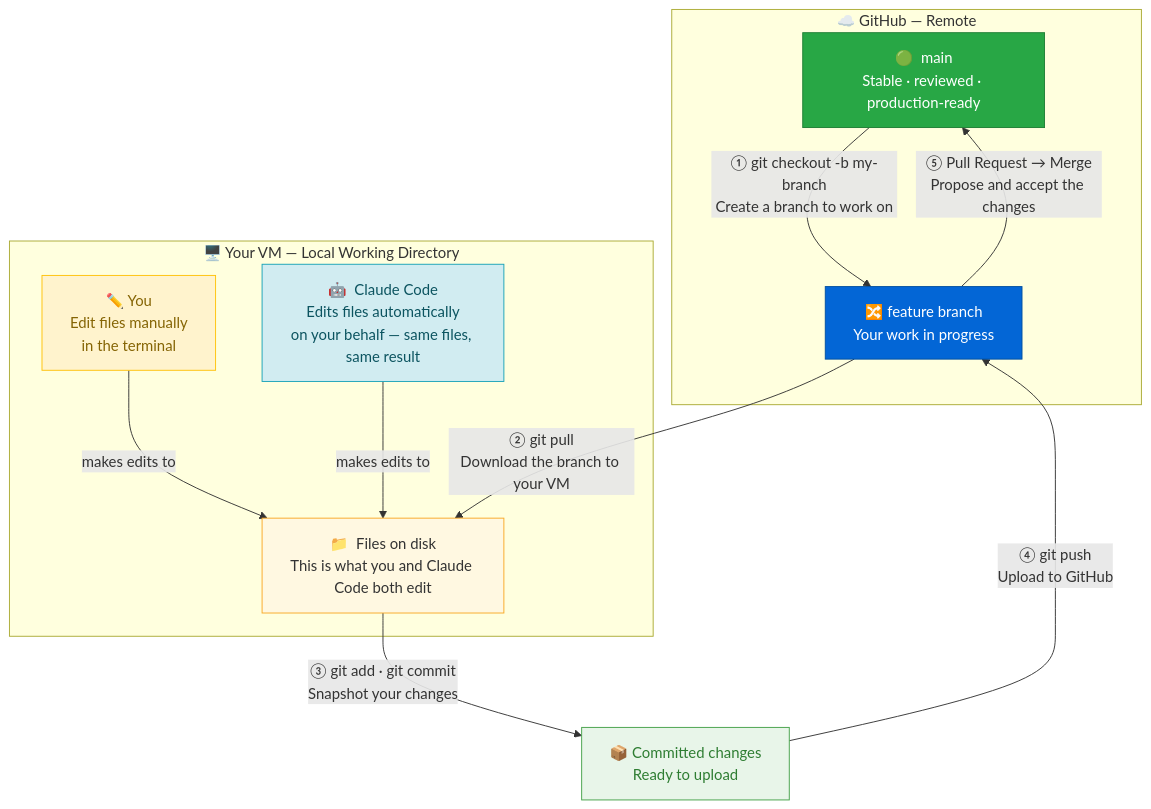
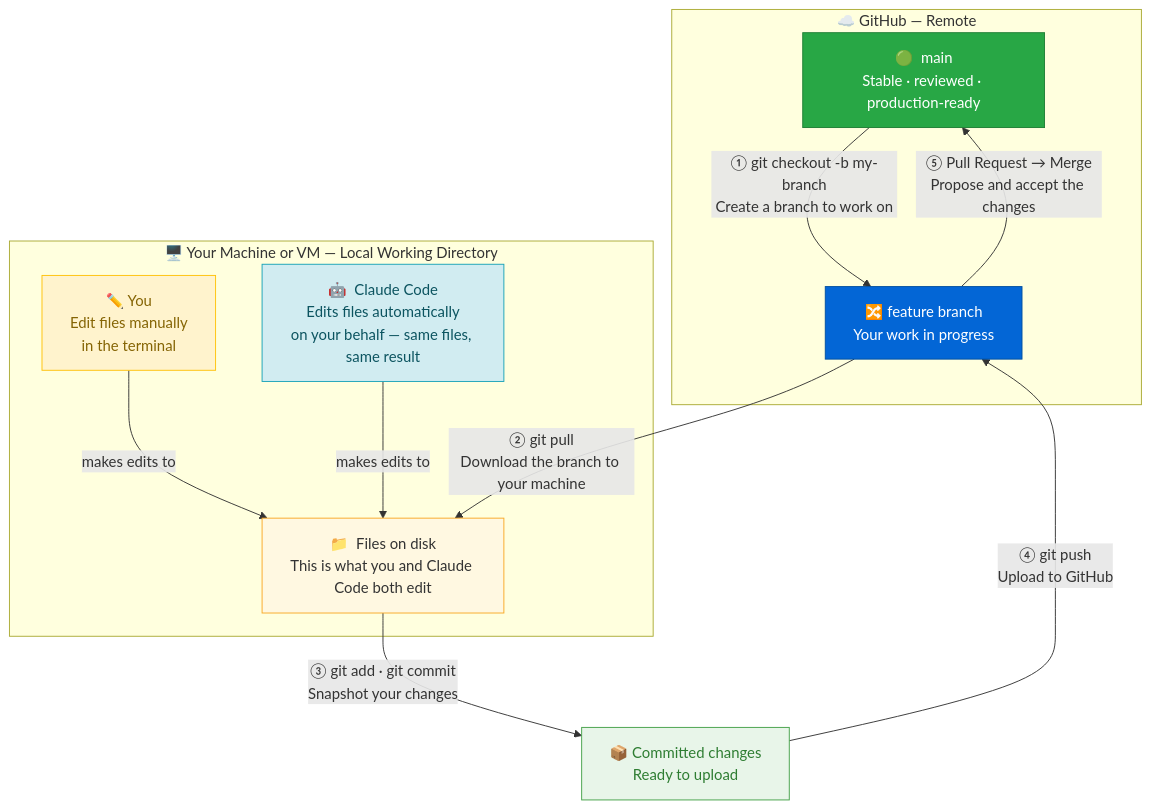
Before and after one commit to funfairlabs-incubator/cuddly-google: the diagram in index.md, drawn with Mermaid. The commit also changed other lines of this file and 1 other file, not shown here.

First line of the commit message:
Restructure guide around local vs VM setup choice

```diff
--- a/index.md
+++ b/index.md
@@ -483,28 +533,28 @@
 <div class="mermaid">
 flowchart TD
     subgraph GH["☁️  GitHub — Remote"]
         MAIN["🟢  main\nStable · reviewed · production-ready"]
         BRANCH["🔀  feature branch\nYour work in progress"]
     end
 
-    subgraph VM["🖥️  Your VM — Local Working Directory"]
+    subgraph LOCAL["🖥️  Your Machine or VM — Local Working Directory"]
         FILES["📁  Files on disk\nThis is what you and Claude Code both edit"]
         YOU["✏️  You\nEdit files manually\nin the terminal"]
         CC["🤖  Claude Code\nEdits files automatically\non your behalf — same files, same result"]
     end
 
     MAIN -->|"① git checkout -b my-branch\nCreate a branch to work on"| BRANCH
-    BRANCH -->|"② git pull\nDownload the branch to your VM"| FILES
+    BRANCH -->|"② git pull\nDownload the branch to your machine"| FILES
     YOU -->|makes edits to| FILES
     CC -->|makes edits to| FILES
     FILES -->|"③ git add · git commit\nSnapshot your changes"| STAGED["📦  Committed changes\nReady to upload"]
     STAGED -->|"④ git push\nUpload to GitHub"| BRANCH
     BRANCH -->|"⑤ Pull Request → Merge\nPropose and accept the changes"| MAIN
 
     style MAIN fill:#28a745,color:#fff,stroke:#1e7e34
     style BRANCH fill:#0366d6,color:#fff,stroke:#024fa0
     style FILES fill:#fff8e1,color:#333,stroke:#f9a825
     style YOU fill:#fff3cd,color:#856404,stroke:#ffc107
     style CC fill:#d1ecf1,color:#0c5460,stroke:#17a2b8
     style STAGED fill:#e8f5e9,color:#2e7d32,stroke:#43a047
 </div>
```
